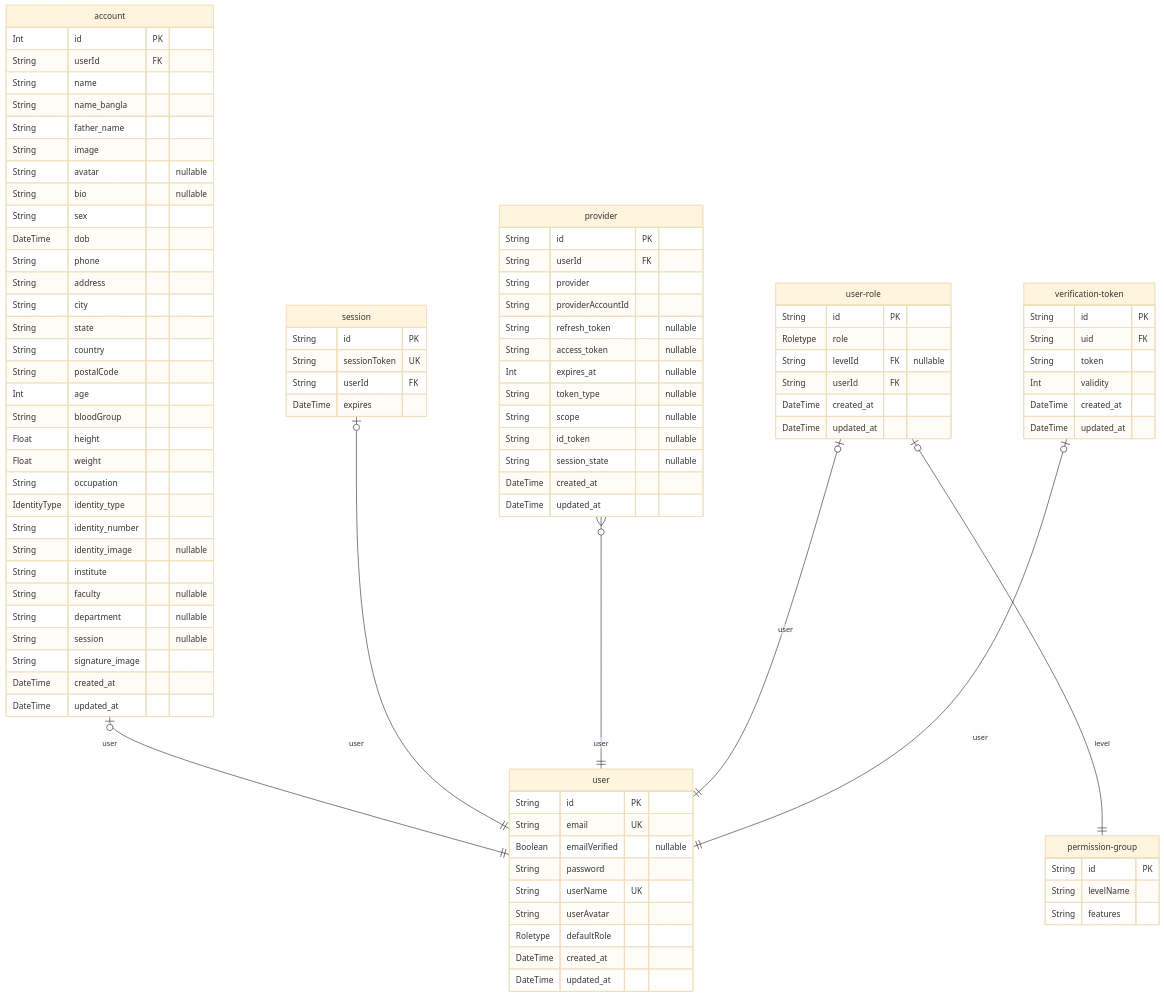
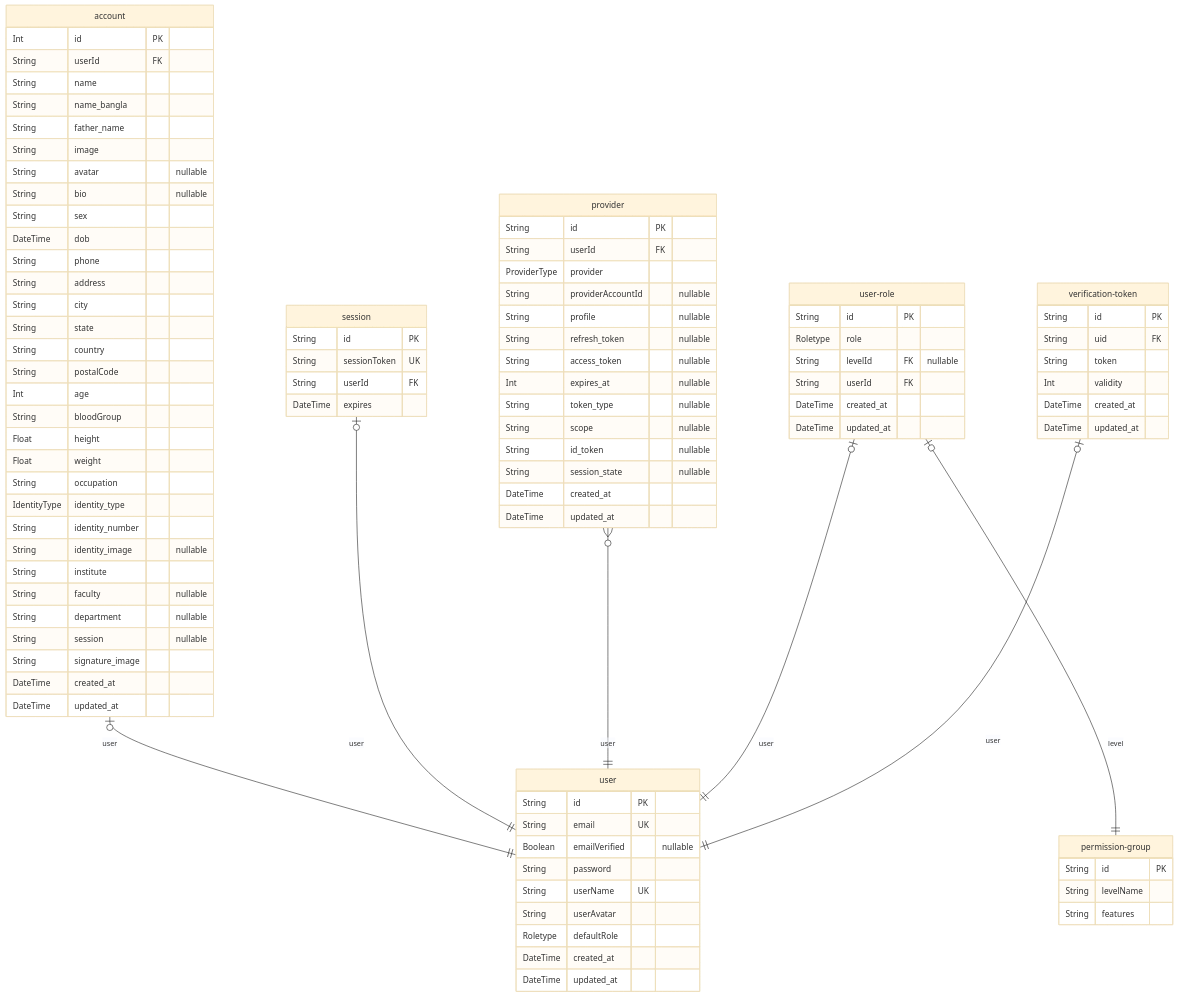
The diagram in public/erd/ERD.md (Hstu-dojo/HKDOfficial), drawn with Mermaid (base theme) before and after one commit. The commit also changed other lines of this file and 8 other files, not shown here.

```diff
--- a/public/erd/ERD.md
+++ b/public/erd/ERD.md
@@ -59,8 +59,9 @@
 "provider" {
     String id PK
     String userId FK
-    String provider
-    String providerAccountId
+    ProviderType provider
+    String providerAccountId "nullable"
+    String profile "nullable"
     String refresh_token "nullable"
     String access_token "nullable"
     Int expires_at "nullable"
```
